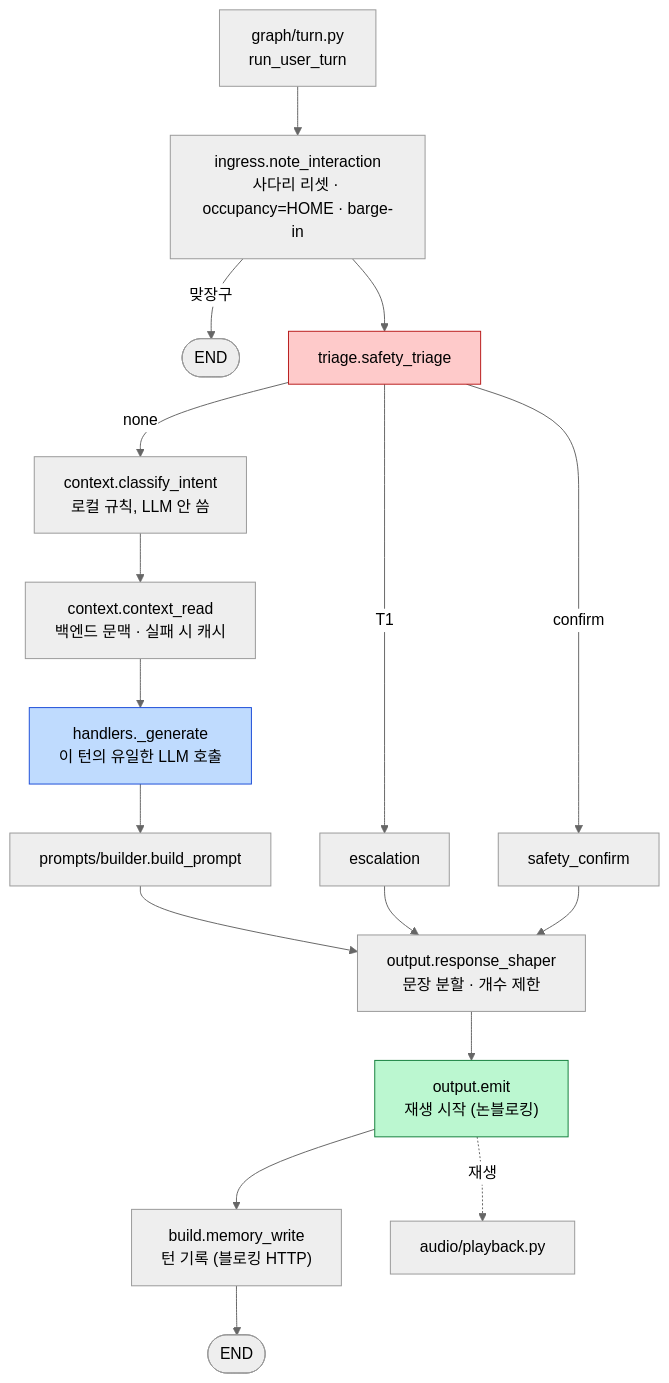
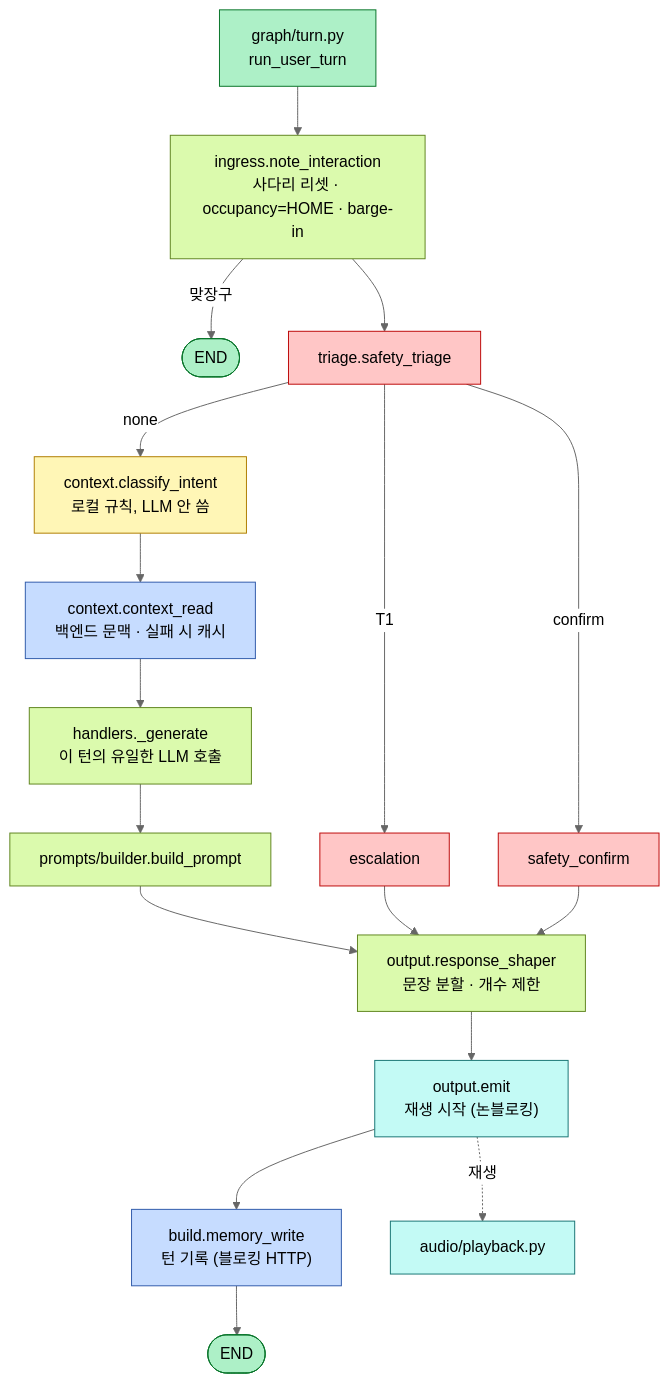
One commit to bomi-aiot/BOMI changed the diagram in docs/carebot/코드 읽는 순서.md. Above: the diagram before and after it, drawn with Mermaid (neutral theme). The commit also changed 13 other files, not shown here.

First line of the commit message:
docs: 문서 다이어그램 팔레트 통일과 배치 정리

````diff
--- a/docs/carebot/코드 읽는 순서.md
+++ b/docs/carebot/코드 읽는 순서.md
@@ -56,23 +56,26 @@
 ```mermaid
 flowchart TD
-    A["graph/turn.py<br/>run_user_turn"] --> B["ingress.note_interaction<br/>사다리 리셋 · occupancy=HOME · barge-in"]
-    B -->|맞장구| Z1([END])
-    B --> C["triage.safety_triage"]
-    C -->|T1| ESC[escalation]
-    C -->|confirm| SC[safety_confirm]
-    C -->|none| D["context.classify_intent<br/>로컬 규칙, LLM 안 씀"]
-    D --> E["context.context_read<br/>백엔드 문맥 · 실패 시 캐시"]
-    E --> F["handlers._generate<br/>이 턴의 유일한 LLM 호출"]
-    F --> G["prompts/builder.build_prompt"]
-    G --> H["output.response_shaper<br/>문장 분할 · 개수 제한"]
+    classDef term fill:#adf0c7,stroke:#087429
+    classDef gate fill:#fff6b6,stroke:#af7e02
+    classDef robot fill:#dbfaad,stroke:#608520
+    classDef be fill:#c6dcff,stroke:#305bab
+    classDef safety fill:#ffc6c6,stroke:#bd0909
+    classDef hw fill:#c3faf5,stroke:#187574
+
+    A["graph/turn.py<br/>run_user_turn"]:::term --> B["ingress.note_interaction<br/>사다리 리셋 · occupancy=HOME · barge-in"]:::robot
+    B -->|맞장구| Z1([END]):::term
+    B --> C["triage.safety_triage"]:::safety
+    C -->|T1| ESC[escalation]:::safety
+    C -->|confirm| SC[safety_confirm]:::safety
+    C -->|none| D["context.classify_intent<br/>로컬 규칙, LLM 안 씀"]:::gate
+    D --> E["context.context_read<br/>백엔드 문맥 · 실패 시 캐시"]:::be
+    E --> F["handlers._generate<br/>이 턴의 유일한 LLM 호출"]:::robot
+    F --> G["prompts/builder.build_prompt"]:::robot
+    G --> H["output.response_shaper<br/>문장 분할 · 개수 제한"]:::robot
     ESC --> H
     SC --> H
-    H --> I["output.emit<br/>재생 시작 (논블로킹)"]
-    I --> J["build.memory_write<br/>턴 기록 (블로킹 HTTP)"]
-    J --> Z2([END])
-    I -.재생.-> K["audio/playback.py"]
-
-    style C fill:#fecaca,stroke:#b91c1c
-    style F fill:#bfdbfe,stroke:#1d4ed8
-    style I fill:#bbf7d0,stroke:#15803d
+    H --> I["output.emit<br/>재생 시작 (논블로킹)"]:::hw
+    I --> J["build.memory_write<br/>턴 기록 (블로킹 HTTP)"]:::be
+    J --> Z2([END]):::term
+    I -.재생.-> K["audio/playback.py"]:::hw
 ```
````
